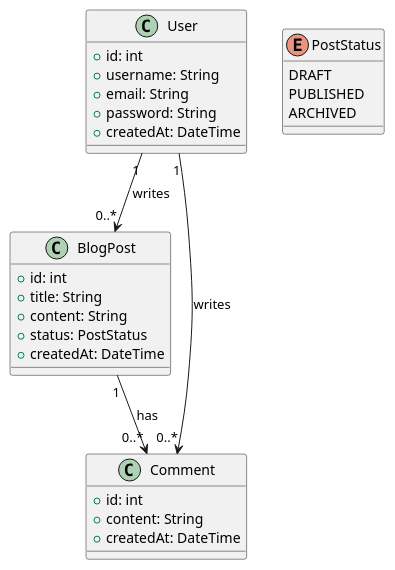
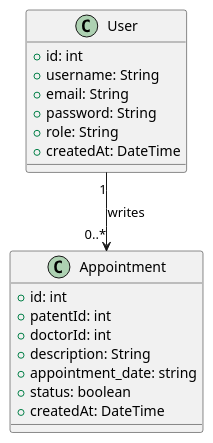
One commit to 5asul/booking-system-backend changed the diagram in UML/ClassDiagram.puml. Above: the diagram before and after it, drawn with PlantUML. The commit also changed 29 other files, not shown here.

```diff
--- a/UML/ClassDiagram.puml
+++ b/UML/ClassDiagram.puml
@@ -1,33 +1,27 @@
 @startuml
 class User {
   +id: int
   +username: String
   +email: String
   +password: String
+  +role: String
   +createdAt: DateTime
 }
 
-class BlogPost {
+class Appointment {
   +id: int
-  +title: String
-  +content: String
-  +status: PostStatus
+  +patentId: int 
+  +doctorId: int
+  +description: String
+  +appointment_date: string
+  +status: boolean
   +createdAt: DateTime
 }
 
-class Comment {
-  +id: int
-  +content: String
-  +createdAt: DateTime
-}
 
-enum PostStatus {
-  DRAFT
-  PUBLISHED
-  ARCHIVED
-}
 
-User "1" --> "0..*" BlogPost : writes
-BlogPost "1" --> "0..*" Comment : has
-User "1" --> "0..*" Comment : writes
+
+
+User "1" --> "0..*" Appointment : writes
+ 
 @enduml
```
